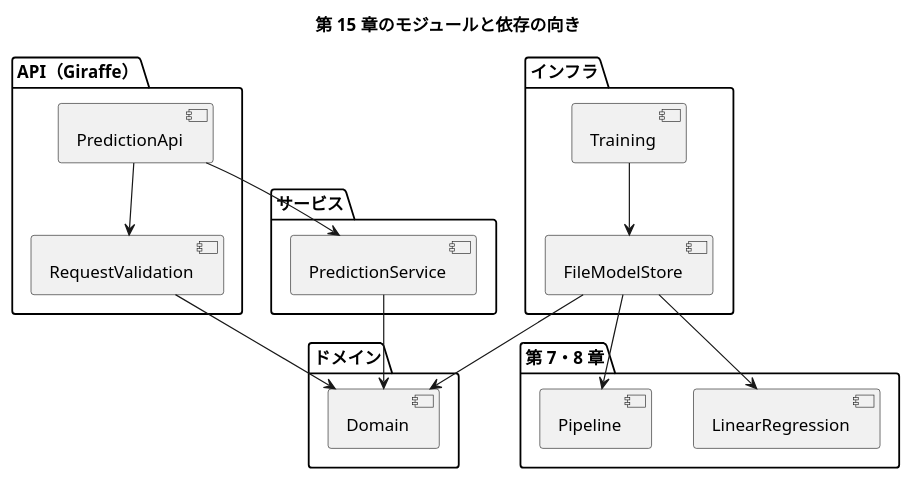
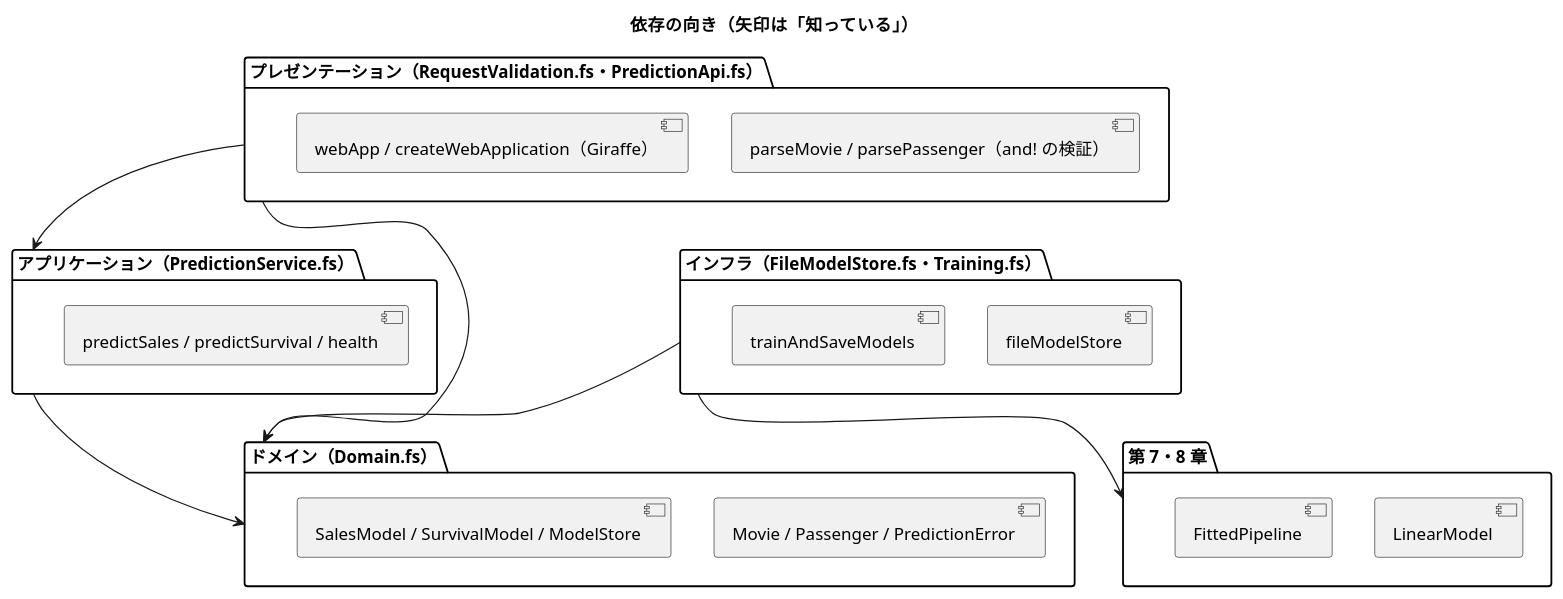
The diagram in docs/article/getting-start-ml/fsharp/15-machine-learning-api-and-module-design.md (k2works/getting-started-machine-learning), drawn with PlantUML before and after one commit. The commit also changed other lines of this file and 1 other file, not shown here.

````diff
--- a/docs/article/getting-start-ml/fsharp/15-machine-learning-api-and-module-design.md
+++ b/docs/article/getting-start-ml/fsharp/15-machine-learning-api-and-module-design.md
@@ -34,33 +43,31 @@
 ```plantuml
 @startuml
-title 第 15 章のモジュールと依存の向き
+title 依存の向き（矢印は「知っている」）
 
-package "API（Giraffe）" {
-  [PredictionApi]
-  [RequestValidation]
+package "プレゼンテーション（RequestValidation.fs・PredictionApi.fs）" as presentation {
+  [parseMovie / parsePassenger（and! の検証）]
+  [webApp / createWebApplication（Giraffe）]
 }
-package "サービス" {
-  [PredictionService]
+package "アプリケーション（PredictionService.fs）" as application {
+  [predictSales / predictSurvival / health]
 }
-package "ドメイン" {
-  [Domain]
+package "ドメイン（Domain.fs）" as domain {
+  [Movie / Passenger / PredictionError]
+  [SalesModel / SurvivalModel / ModelStore]
 }
-package "インフラ" {
-  [FileModelStore]
-  [Training]
+package "インフラ（FileModelStore.fs・Training.fs）" as infrastructure {
+  [fileModelStore]
+  [trainAndSaveModels]
 }
-package "第 7・8 章" {
-  [LinearRegression]
-  [Pipeline]
+package "第 7・8 章" as chapters {
+  [LinearModel]
+  [FittedPipeline]
 }
 
-[PredictionApi] --> [RequestValidation]
-[PredictionApi] --> [PredictionService]
-[RequestValidation] --> [Domain]
-[PredictionService] --> [Domain]
-[FileModelStore] --> [Domain]
-[FileModelStore] --> [LinearRegression]
-[FileModelStore] --> [Pipeline]
-[Training] --> [FileModelStore]
+presentation --> application
+presentation --> domain
+application --> domain
+infrastructure --> domain
+infrastructure --> chapters
 @enduml
 ```
````
